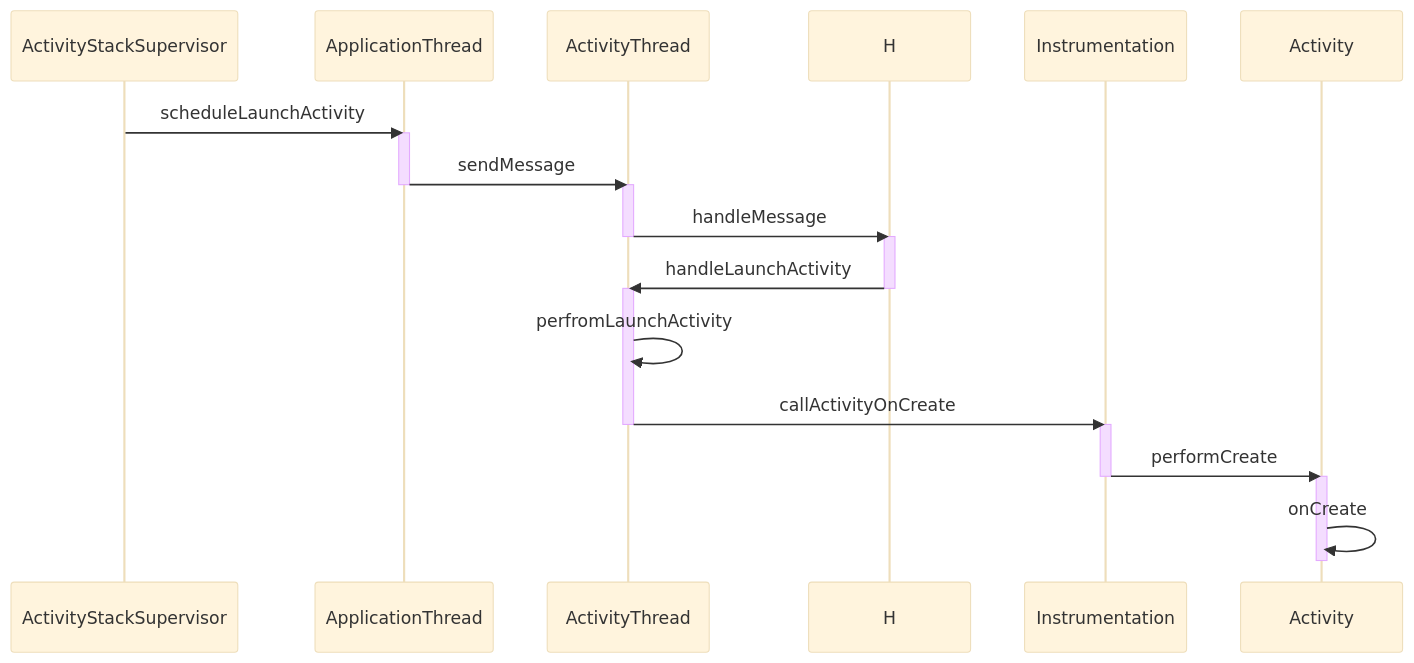
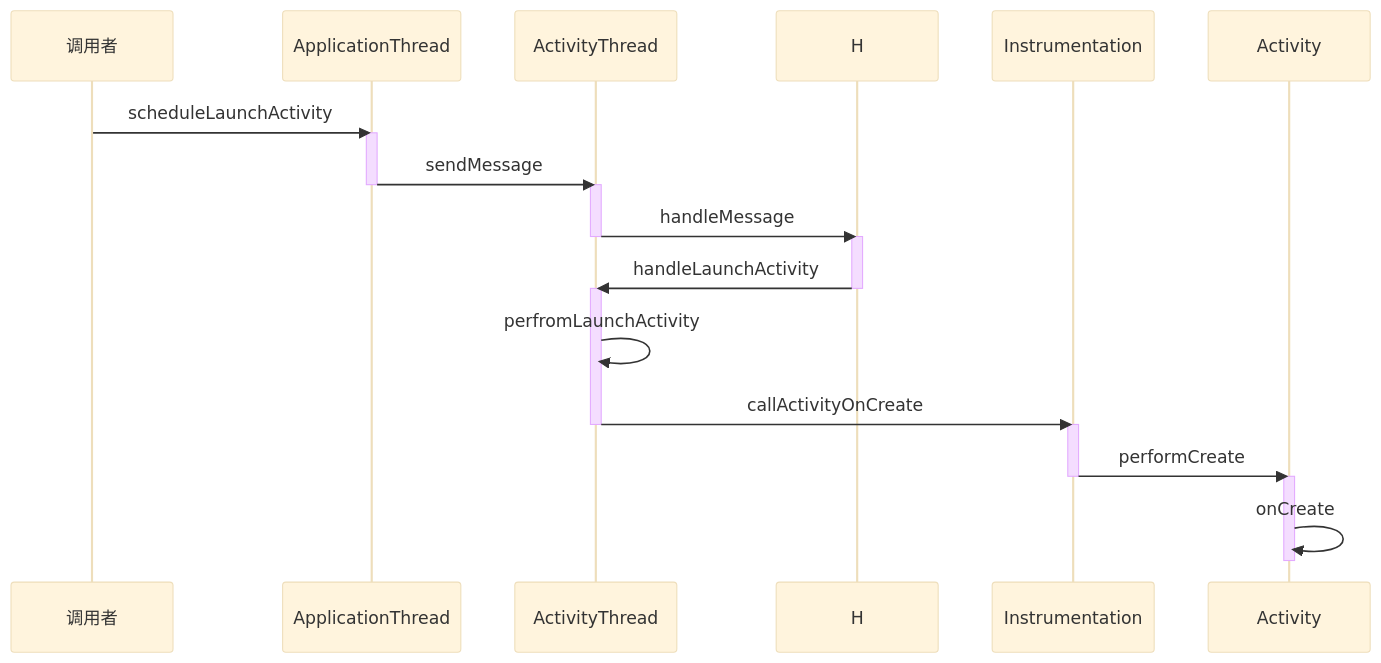
Before and after one commit to phcbest/phcbest.github.io: the third of 3 diagrams in _posts/2022-08-17-Android问道--四大组件的工作过程.md, drawn with Mermaid (base theme). The commit also changed other lines of this file, not shown here.

````diff
--- a/_posts/2022-08-17-Android问道--四大组件的工作过程.md
+++ b/_posts/2022-08-17-Android问道--四大组件的工作过程.md
@@ -266,23 +266,23 @@
 ```mermaid
 sequenceDiagram
-	ActivityStackSupervisor ->> ApplicationThread : scheduleLaunchActivity
+	调用者 ->> ApplicationThread : scheduleLaunchActivity
 	activate ApplicationThread
 	ApplicationThread ->> ActivityThread : sendMessage
 	deactivate ApplicationThread
 	activate ActivityThread
 	ActivityThread ->> H : handleMessage
 	deactivate ActivityThread
 	activate H 
 	H ->> ActivityThread : handleLaunchActivity
 	deactivate H 
 	activate ActivityThread
 	ActivityThread ->> ActivityThread : perfromLaunchActivity
 	ActivityThread ->> Instrumentation : callActivityOnCreate
 	deactivate ActivityThread
 	activate Instrumentation
 	Instrumentation ->> Activity : performCreate
 	deactivate Instrumentation
 	activate Activity
 	Activity ->> Activity : onCreate
 	deactivate Activity
 ```
````
